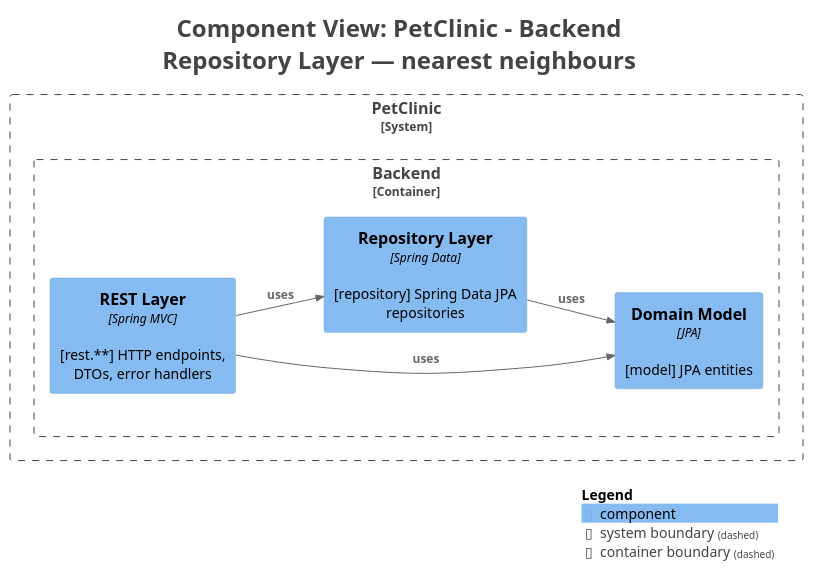
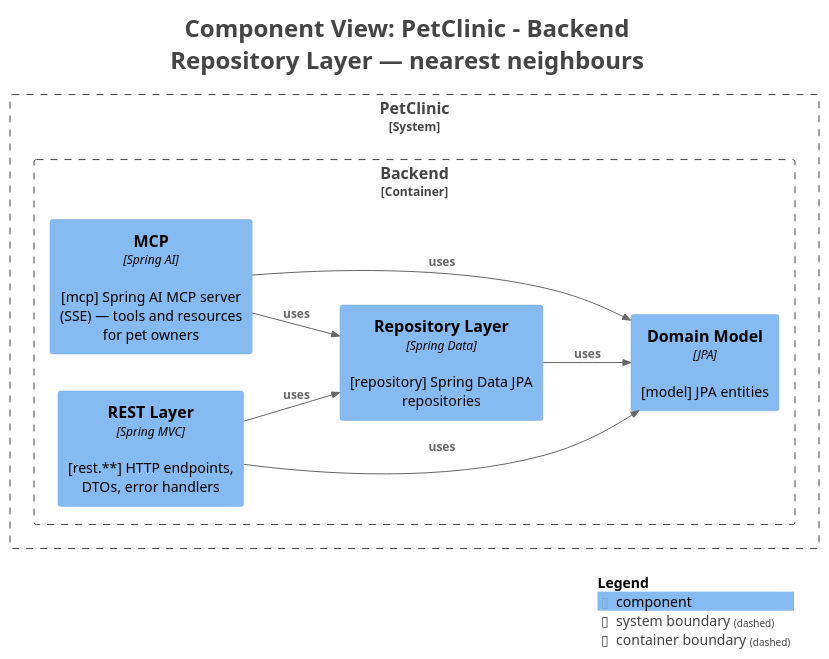
One commit to pmattiollo/petclinic changed the diagram in petclinic-backend/docs/generated/c4views/C3-Repository.puml. Above: the diagram before and after it, drawn with PlantUML. The commit also changed 21 other files, not shown here.

First line of the commit message:
merge petclinic-mcp module into petclinic-backend

```diff
--- a/petclinic-backend/docs/generated/c4views/C3-Repository.puml
+++ b/petclinic-backend/docs/generated/c4views/C3-Repository.puml
@@ -1,33 +1,36 @@
 @startuml
 title <size:24>Component View: PetClinic - Backend</size>\n<size:24>Repository Layer — nearest neighbours</size>
 
 set separator none
 left to right direction
 
 <style>
   root {
     BackgroundColor: #ffffff
     FontColor: #444444
   }
 </style>
 
 !include <C4/C4>
 !include <C4/C4_Context>
 !include <C4/C4_Component>
 
 System_Boundary("PetClinic_boundary", "PetClinic", $tags="") {
   Container_Boundary("PetClinic.Backend_boundary", "Backend", $tags="") {
+    Component(PetClinic.Backend.MCP, "MCP", $techn="Spring AI", $descr="[mcp] Spring AI MCP server (SSE) — tools and resources for pet owners", $tags="", $link="")
     Component(PetClinic.Backend.RESTLayer, "REST Layer", $techn="Spring MVC", $descr="[rest.**] HTTP endpoints, DTOs, error handlers", $tags="", $link="")
     Component(PetClinic.Backend.DomainModel, "Domain Model", $techn="JPA", $descr="[model] JPA entities", $tags="", $link="")
     Component(PetClinic.Backend.RepositoryLayer, "Repository Layer", $techn="Spring Data", $descr="[repository] Spring Data JPA repositories", $tags="", $link="")
   }
 
 }
 
 Rel(PetClinic.Backend.RESTLayer, PetClinic.Backend.DomainModel, "uses", $techn="", $tags="", $link="")
 Rel(PetClinic.Backend.RESTLayer, PetClinic.Backend.RepositoryLayer, "uses", $techn="", $tags="", $link="")
 Rel(PetClinic.Backend.RepositoryLayer, PetClinic.Backend.DomainModel, "uses", $techn="", $tags="", $link="")
+Rel(PetClinic.Backend.MCP, PetClinic.Backend.DomainModel, "uses", $techn="", $tags="", $link="")
+Rel(PetClinic.Backend.MCP, PetClinic.Backend.RepositoryLayer, "uses", $techn="", $tags="", $link="")
 
 SHOW_LEGEND(true)
 hide stereotypes
 @enduml
```
